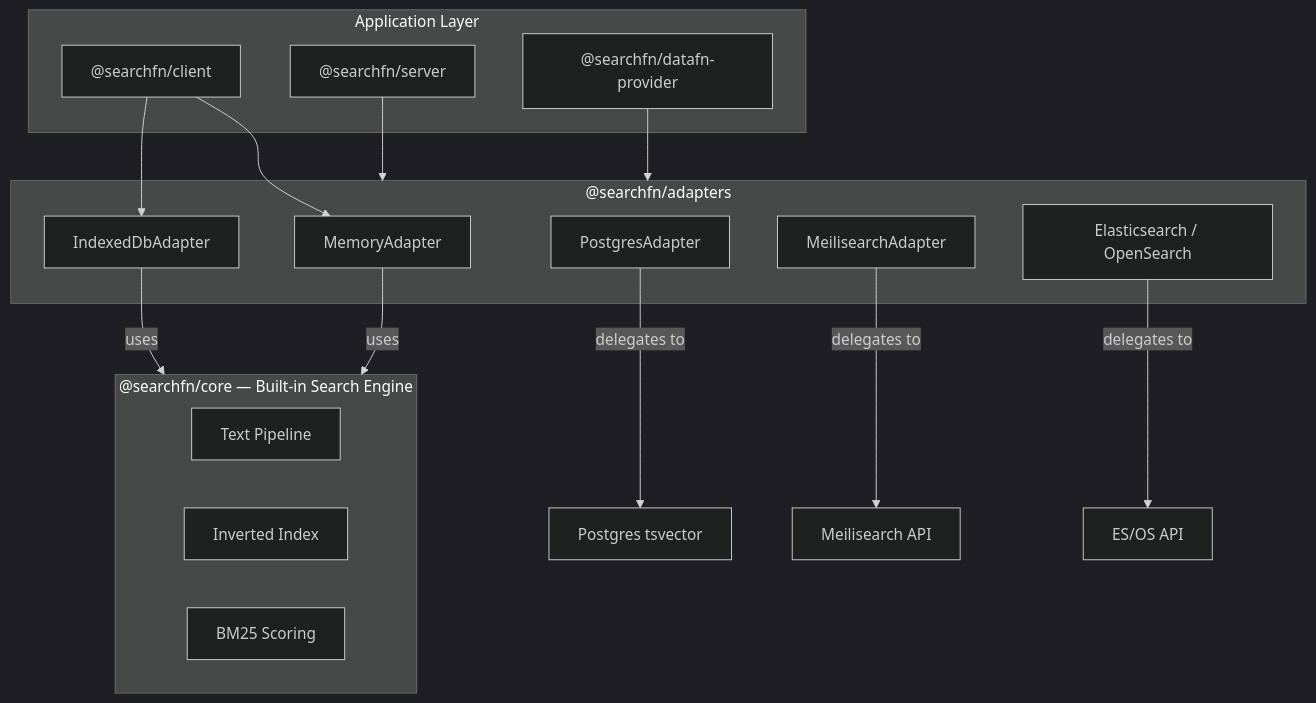
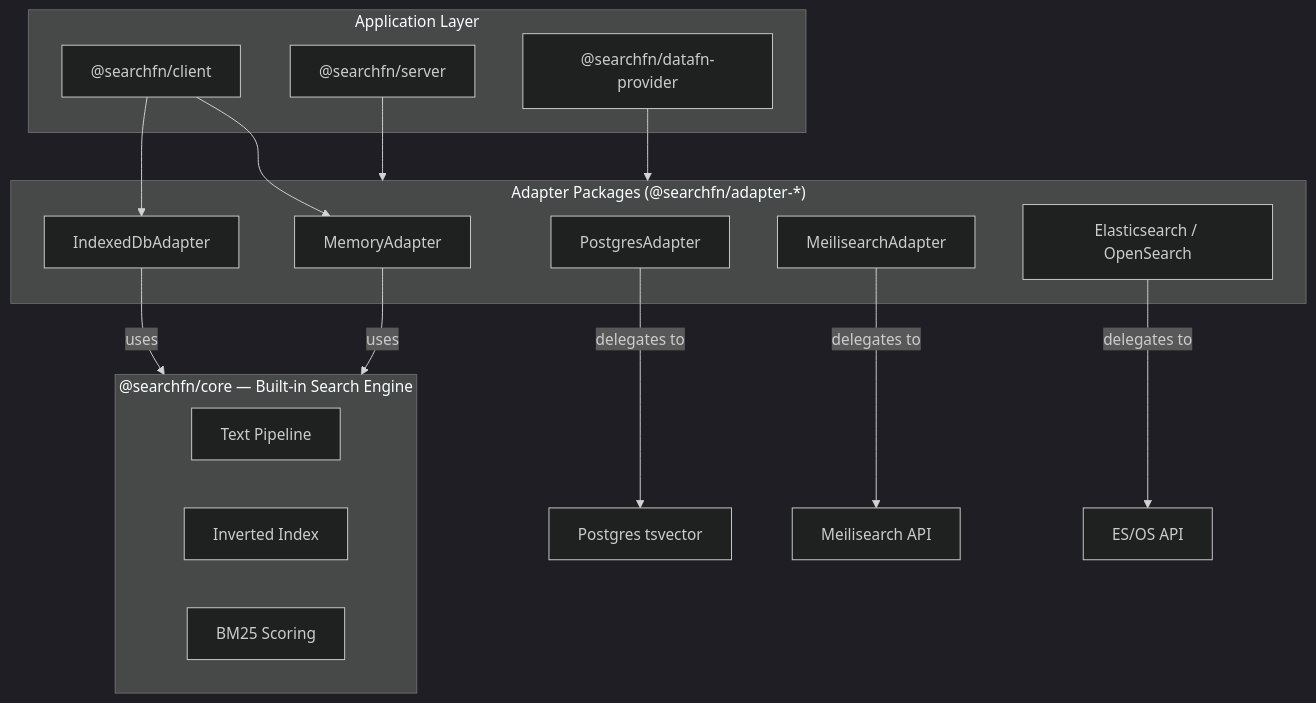
The diagram in searchfn/docs/content/docs/architecture.mdx (21nCo/superfunctions), drawn with Mermaid (dark theme) before and after one commit. The commit also changed other lines of this file and 939 other files, not shown here.

````diff
--- a/searchfn/docs/content/docs/architecture.mdx
+++ b/searchfn/docs/content/docs/architecture.mdx
@@ -48,32 +48,32 @@
 ```mermaid
 graph TD
     subgraph Engine ["@searchfn/core — Built-in Search Engine"]
         PL[Text Pipeline]
         IX[Inverted Index]
         BM[BM25 Scoring]
     end
 
-    subgraph Adapters ["@searchfn/adapters"]
+    subgraph Adapters ["Adapter Packages (@searchfn/adapter-*)"]
         MA["MemoryAdapter"]
         IA["IndexedDbAdapter"]
         PA["PostgresAdapter"]
         MEI["MeilisearchAdapter"]
         EA["Elasticsearch / OpenSearch"]
     end
 
     subgraph Wrappers ["Application Layer"]
         CL["@searchfn/client"]
         SV["@searchfn/server"]
         DP["@searchfn/datafn-provider"]
     end
 
     MA -->|"uses"| Engine
     IA -->|"uses"| Engine
     PA -->|"delegates to"| PG["Postgres tsvector"]
     MEI -->|"delegates to"| MS["Meilisearch API"]
     EA -->|"delegates to"| ES["ES/OS API"]
     CL --> MA
     CL --> IA
     SV --> Adapters
     DP --> Adapters
 ```
````
